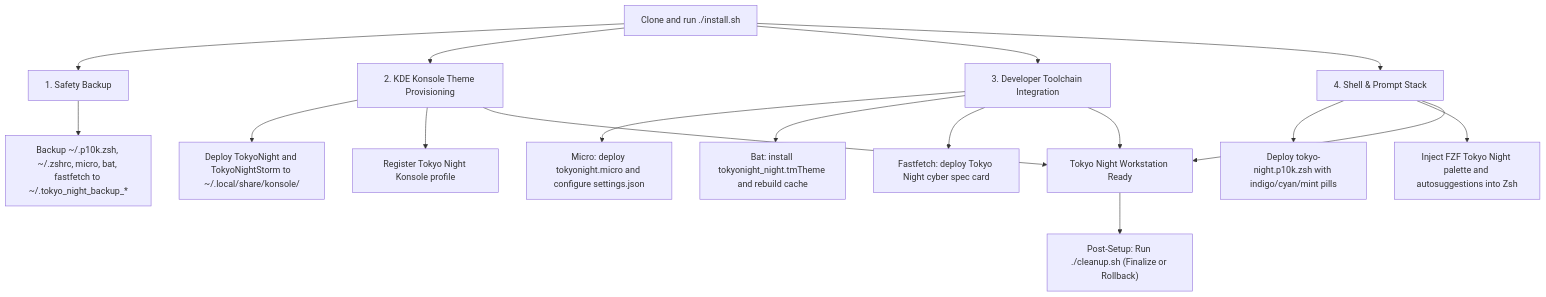
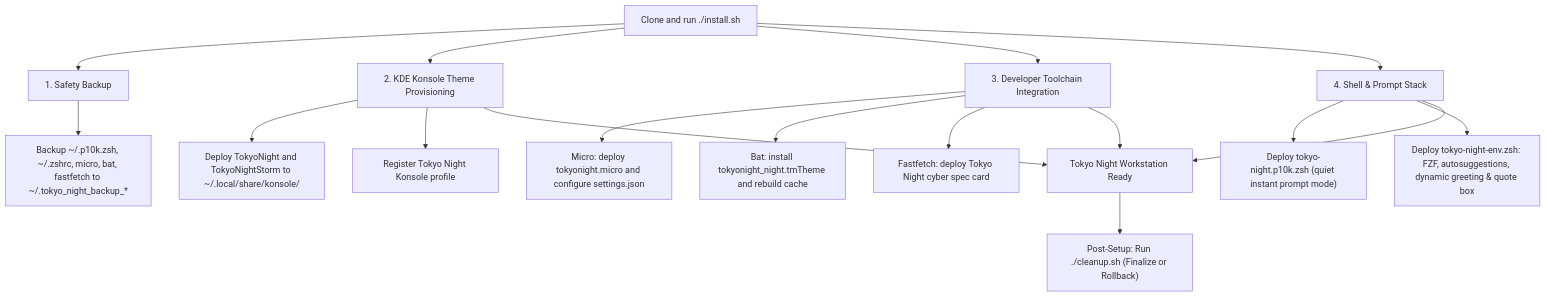
The diagram in README.md (ht2905/tokyo-night-cachyos), drawn with Mermaid before and after one commit. The commit also changed other lines of this file and 5 other files, not shown here.

Commit message:
feat: integrate instant prompt fix and dynamic opening greeting into turnkey suite

````diff
--- a/README.md
+++ b/README.md
@@ -11,22 +11,22 @@
 ```mermaid
 flowchart TD
     A["Clone and run ./install.sh"] --> B["1. Safety Backup"]
     B --> B1["Backup ~/.p10k.zsh, ~/.zshrc, micro, bat, fastfetch to ~/.tokyo_night_backup_*"]
 
     A --> C["2. KDE Konsole Theme Provisioning"]
     C --> C1["Deploy TokyoNight and TokyoNightStorm to ~/.local/share/konsole/"]
     C --> C2["Register Tokyo Night Konsole profile"]
 
     A --> D["3. Developer Toolchain Integration"]
     D --> D1["Micro: deploy tokyonight.micro and configure settings.json"]
     D --> D2["Bat: install tokyonight_night.tmTheme and rebuild cache"]
     D --> D3["Fastfetch: deploy Tokyo Night cyber spec card"]
 
     A --> E["4. Shell & Prompt Stack"]
-    E --> E1["Deploy tokyo-night.p10k.zsh with indigo/cyan/mint pills"]
-    E --> E2["Inject FZF Tokyo Night palette and autosuggestions into Zsh"]
+    E --> E1["Deploy tokyo-night.p10k.zsh (quiet instant prompt mode)"]
+    E --> E2["Deploy tokyo-night-env.zsh: FZF, autosuggestions, dynamic greeting & quote box"]
 
     C & D & E --> F["Tokyo Night Workstation Ready"]
 
     F --> G["Post-Setup: Run ./cleanup.sh (Finalize or Rollback)"]
 ```
````
